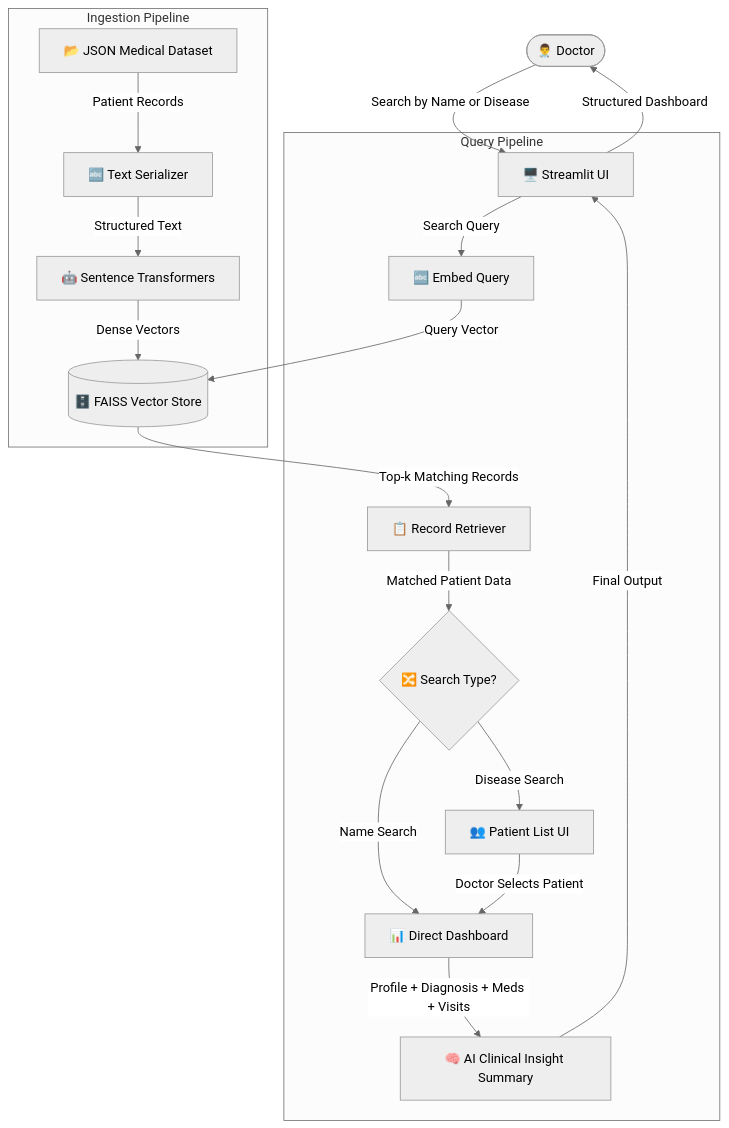
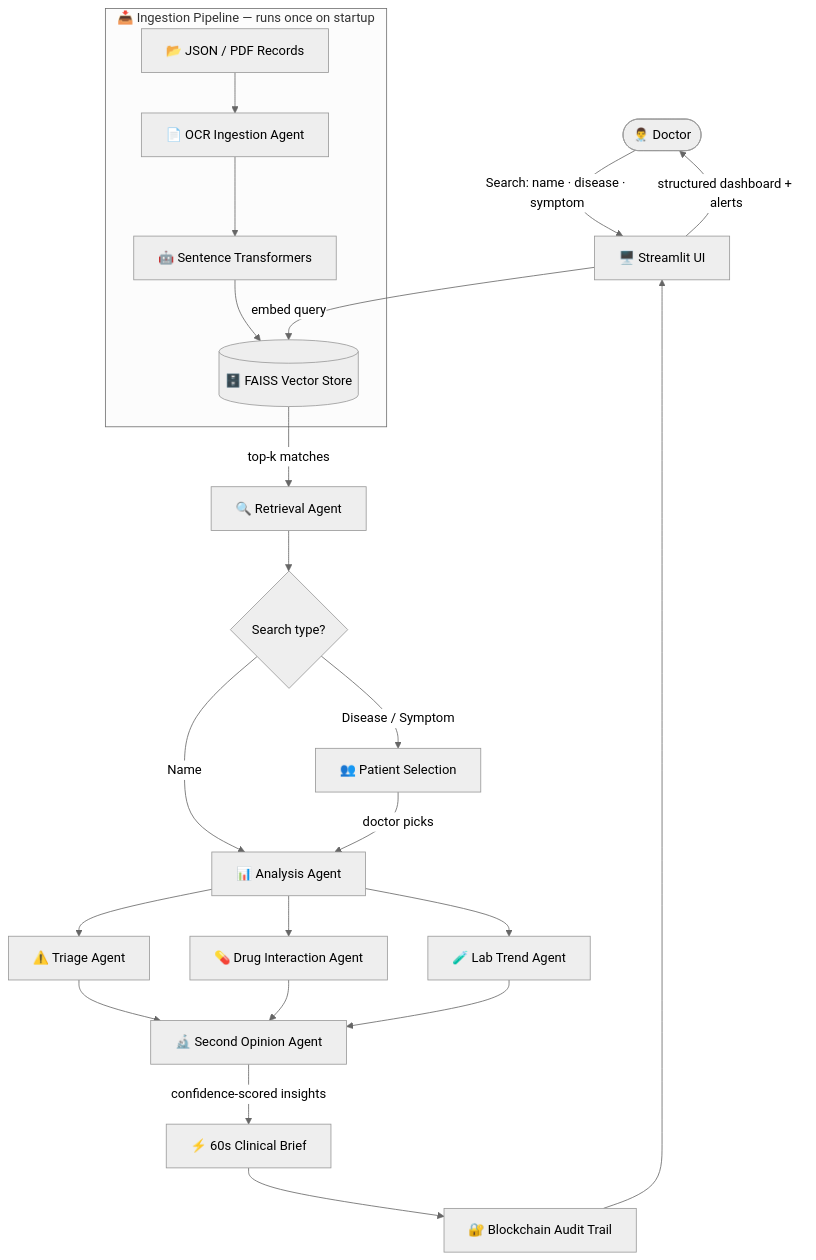
One commit to Meghs21/ClinSight-AI-Production changed the diagram in README.md. Above: the diagram before and after it, drawn with Mermaid (neutral theme). The commit also changed other lines of this file, not shown here.

````diff
--- a/README.md
+++ b/README.md
@@ -62,25 +122,31 @@
 ```mermaid
 flowchart TD
-    A([👨‍⚕️ Doctor]) -->|Search by Name or Disease| B[🖥️ Streamlit UI]
+    Doctor([👨‍⚕️ Doctor])
+    Doctor -->|"Search: name · disease · symptom"| UI[🖥️ Streamlit UI]
 
-    subgraph Ingestion Pipeline
-        C[📂 JSON Medical Dataset]
-        C -->|Patient Records| D[🔤 Text Serializer]
-        D -->|Structured Text| E[🤖 Sentence Transformers]
-        E -->|Dense Vectors| F[(🗄️ FAISS Vector Store)]
+    subgraph Ingestion["📥 Ingestion Pipeline — runs once on startup"]
+        DS[📂 JSON / PDF Records]
+        DS --> OCR[📄 OCR Ingestion Agent]
+        OCR --> EMB[🤖 Sentence Transformers]
+        EMB --> VDB[(🗄️ FAISS Vector Store)]
     end
 
-    subgraph Query Pipeline
-        B -->|Search Query| G[🔤 Embed Query]
-        G -->|Query Vector| F
-        F -->|Top-k Matching Records| H[📋 Record Retriever]
-        H -->|Matched Patient Data| I{🔀 Search Type?}
-        I -->|Name Search| J[📊 Direct Dashboard]
-        I -->|Disease Search| K[👥 Patient List UI]
-        K -->|Doctor Selects Patient| J
-        J -->|Profile + Diagnosis + Meds + Visits| L[🧠 AI Clinical Insight Summary]
-        L -->|Final Output| B
-    end
+    UI -->|embed query| VDB
+    VDB -->|top-k matches| RET[🔍 Retrieval Agent]
 
-    B -->|Structured Dashboard| A
+    RET --> BRANCH{Search type?}
+    BRANCH -->|Name| ANA[📊 Analysis Agent]
+    BRANCH -->|Disease / Symptom| SEL[👥 Patient Selection]
+    SEL -->|doctor picks| ANA
+
+    ANA --> TRI[⚠️ Triage Agent]
+    ANA --> DRUG[💊 Drug Interaction Agent]
+    ANA --> LAB[🧪 Lab Trend Agent]
+
+    TRI & DRUG & LAB --> SOP[🔬 Second Opinion Agent]
+    SOP -->|confidence-scored insights| BRIEF[⚡ 60s Clinical Brief]
+    BRIEF --> BC[🔐 Blockchain Audit Trail]
+    BC --> UI
+
+    UI -->|structured dashboard + alerts| Doctor
 ```
````
